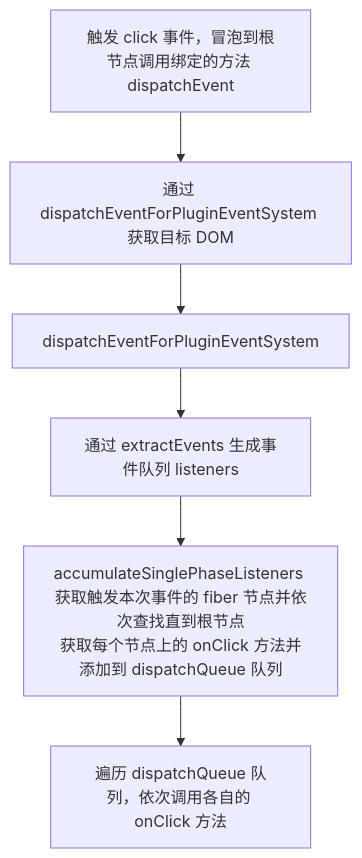
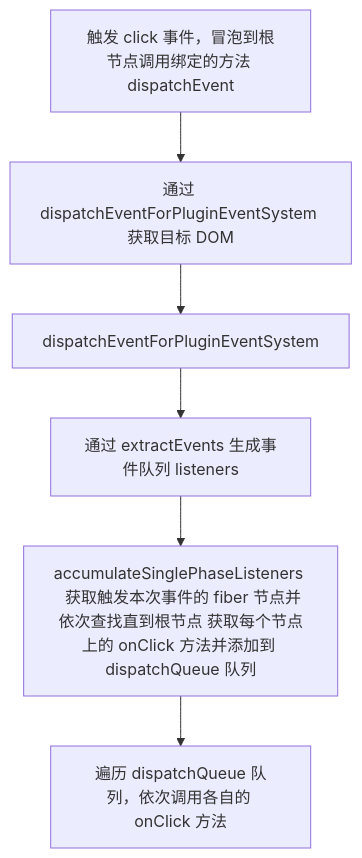
Before and after one commit to nnecec/nnecec.studio: the diagram in content/react/synthetic-event/index.md, drawn with Mermaid. The commit also changed 35 other files, not shown here.

````diff
--- a/content/react/synthetic-event/index.md
+++ b/content/react/synthetic-event/index.md
@@ -126,9 +126,9 @@
 ```mermaid
 graph TD
 dispatchEvent["触发 click 事件，冒泡到根节点调用绑定的方法 dispatchEvent"]
 dispatchEvent --> findInstanceBlockingEvent["通过 dispatchEventForPluginEventSystem 获取目标 DOM"]
 findInstanceBlockingEvent --> dispatchEventForPluginEventSystem["dispatchEventForPluginEventSystem"]
 dispatchEventForPluginEventSystem --> extractEvents["通过 extractEvents 生成事件队列 listeners"]
-extractEvents --> accumulateSinglePhaseListeners["accumulateSinglePhaseListeners <br/>获取触发本次事件的 fiber 节点并依次查找直到根节点<br/>获取每个节点上的 onClick 方法并添加到 dispatchQueue 队列"]
+extractEvents --> accumulateSinglePhaseListeners["accumulateSinglePhaseListeners  获取触发本次事件的 fiber 节点并依次查找直到根节点 获取每个节点上的 onClick 方法并添加到 dispatchQueue 队列"]
 accumulateSinglePhaseListeners --> processDispatchQueue["遍历 dispatchQueue 队列，依次调用各自的 onClick 方法"]
 ```
````
